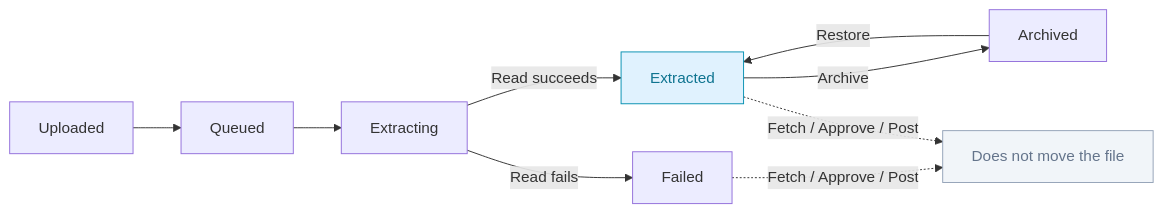
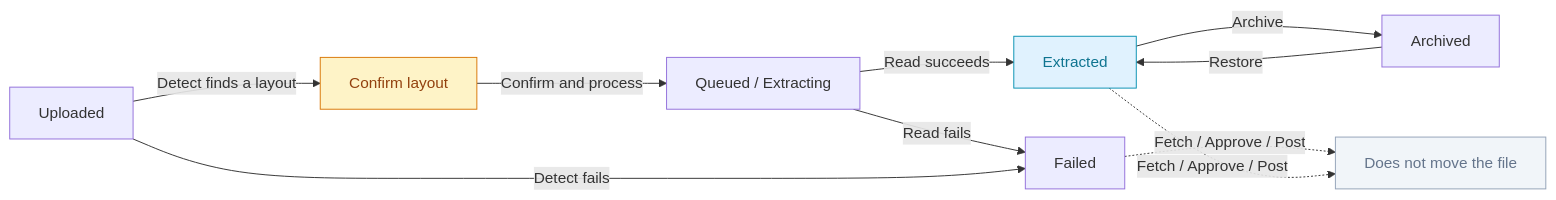
One commit to tools772/ordo-documentation changed the third of 3 diagrams in docs/workflows/statuses.md. Above: the diagram before and after it, drawn with Mermaid. The commit also changed other lines of this file, not shown here.

Commit message:
Document Confirm layout before extraction on the statuses page.
Upload now pauses for remittance-type confirmation; the status table,
flow diagram, and Jennifer example match that step.

````diff
--- a/docs/workflows/statuses.md
+++ b/docs/workflows/statuses.md
@@ -100,23 +100,26 @@
 ```mermaid
 flowchart LR
   U[Uploaded]
-  Q[Queued]
-  X[Extracting]
+  C[Confirm layout]
+  Q[Queued / Extracting]
   E[Extracted]
   F[Failed]
   A[Archived]
 
-  U --> Q
-  Q --> X
-  X -->|Read succeeds| E
-  X -->|Read fails| F
+  U -->|Detect finds a layout| C
+  C -->|Confirm and process| Q
+  Q -->|Read succeeds| E
+  Q -->|Read fails| F
+  U -->|Detect fails| F
   E -->|Archive| A
   A -->|Restore| E
   F -.->|Fetch / Approve / Post| Xn[Does not move the file]
   E -.->|Fetch / Approve / Post| Xn
 
   classDef done fill:#e0f2fe,stroke:#0891b2,color:#0e7490
   classDef off fill:#f1f5f9,stroke:#94a3b8,color:#64748b
+  classDef work fill:#fef3c7,stroke:#d97706,color:#92400e
   class E done
+  class C work
   class Xn off
 ```
````
